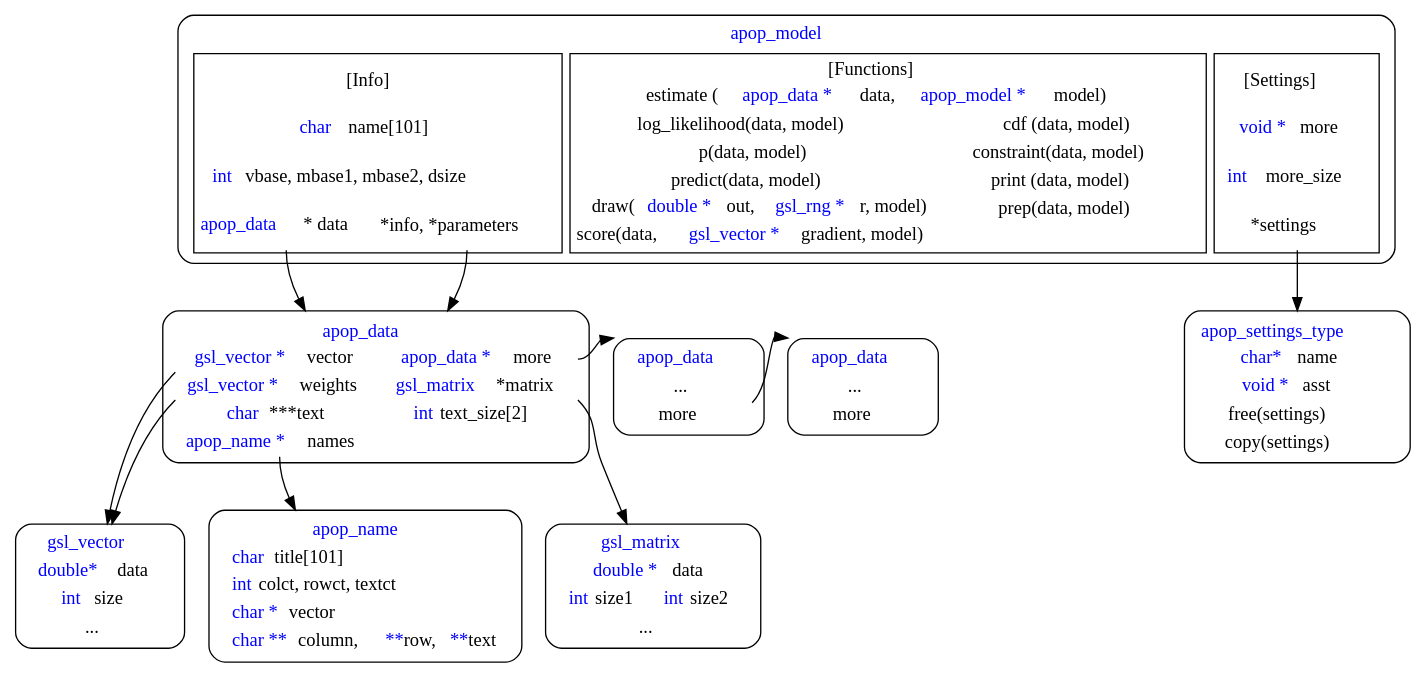
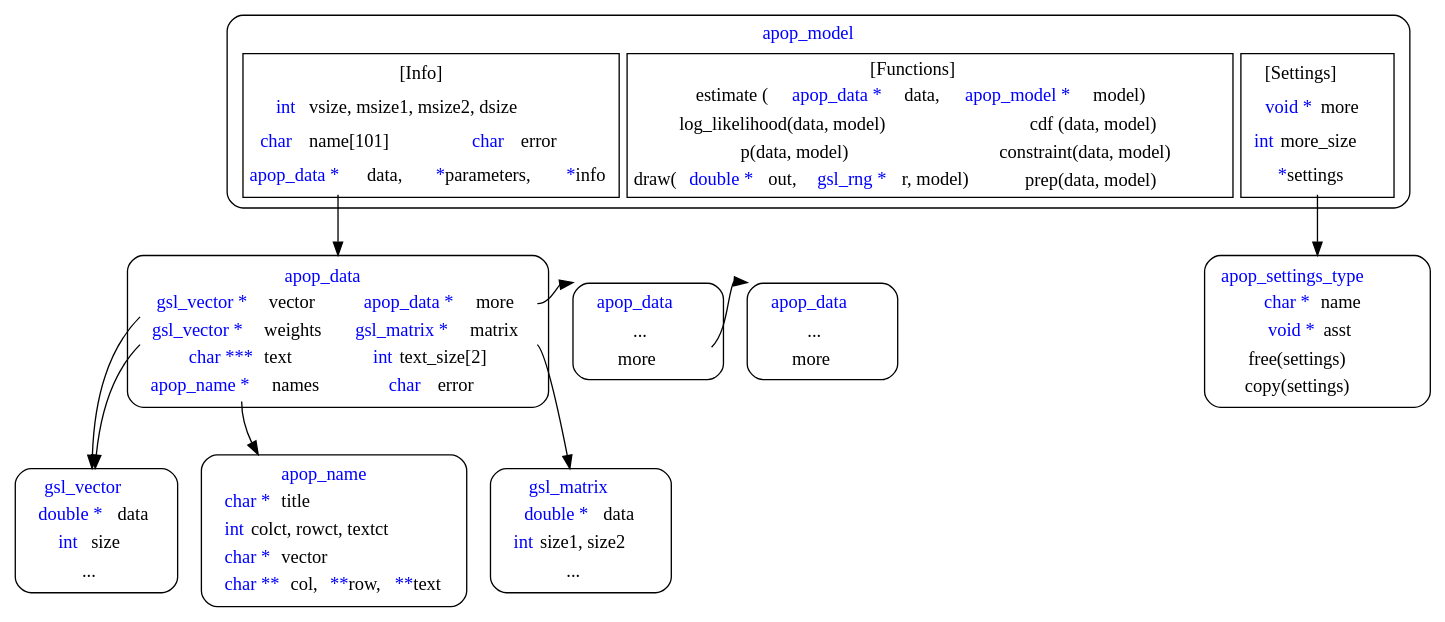
Before and after one commit to b-k/apophenia: the diagram in docs/structs.dot, drawn with Graphviz. The commit also changed 13 other files, not shown here.

Commit message:
removed print from apop_model struct; use the vtables

```diff
--- a/docs/structs.dot
+++ b/docs/structs.dot
@@ -1,131 +1,132 @@
-
 digraph {
     node [shape="rect"];
-
 
     "model" [
         label = <
         <table border="0" cellborder="0">
         <tr>
         <td align="center" colspan="3"> <font color="blue">apop_model</font> </td></tr>
    <tr><td>
         <table border="1" cellborder="0">
         <tr><td colspan ="2" align="center"> [Info] </td></tr>
-        <tr> <td colspan ="2"><font color="blue"> char</font> name[101]</td> </tr>
-        <tr><td colspan ="2"><font color="blue"> int</font> vbase, mbase1, mbase2, dsize </td></tr>
-        <tr><td port="dd"><font color="blue"> apop_data</font> * data </td>
-        <td port="params">*info, *parameters</td>
+        <tr><td colspan ="2"><font color="blue"> int</font> vsize, msize1, msize2, dsize </td></tr>
+        <tr>
+                <td><font color="blue"> char</font> name[101]</td>
+        <td><font color="blue"> char</font> error</td>
+        </tr>
+        <tr><td port="dd"><font color="blue"> apop_data *</font> data, </td>
+        <td port="params"><font color="blue">*</font>parameters, <font color="blue">*</font>info</td>
         </tr>
         </table>
     </td><td>
         <table align="left" border="1" cellborder="0">
         <tr><td colspan ="2" align="center"> [Functions] </td></tr>
-        <tr><td colspan ="2">estimate (<font color="blue">apop_data * </font> data, <font color="blue">apop_model * </font> model) </td></tr>
+        <tr><td colspan ="2">estimate (<font color="blue">apop_data *</font> data, <font color="blue">apop_model *</font>model) </td></tr>
         <tr><td> log_likelihood(data, model) </td><td>cdf (data, model) </td></tr>
         <tr><td>p(data, model) </td><td>constraint(data, model) </td></tr>
-        <tr><td>predict(data, model) </td><td> print (data, model) </td></tr>
         <tr><td>draw(<font color="blue">double *</font> out, <font
                 color="blue">gsl_rng *</font> r, model)</td><td>prep(data, model) </td></tr>
-        <tr><td>score(data, <font color="blue">gsl_vector *</font>gradient, model) </td></tr>
         </table>
     </td><td>
         <table border="1" cellborder="0">
         <tr><td align="center"> [Settings] </td></tr>
-        <tr><td> <font color="blue">void * </font> more </td></tr>
-        <tr><td > <font color="blue">int  </font> more_size </td></tr>
-        <tr><td port="ls"> *settings</td></tr>
+        <tr><td> <font color="blue">void *</font>more </td></tr>
+        <tr><td > <font color="blue">int</font> more_size </td></tr>
+        <tr><td port="ls"> <font color="blue">*</font>settings</td></tr>
         </table>
     </td></tr></table>
 >
 style="rounded"
 ];
 
 "settings" [ label  = <
         <table border="0" cellborder="0">
         <tr><td align="center"><font color="blue"> apop_settings_type </font></td></tr>
-            <tr><td> <font color="blue">char* </font> name </td></tr> 
-            <tr><td><font color="blue">void * </font> asst </td></tr>
+            <tr><td> <font color="blue">char *</font>name </td></tr> 
+            <tr><td><font color="blue">void *</font>asst </td></tr>
             <tr><td> free(settings) </td></tr>
             <tr><td> copy(settings) </td></tr>
 </table>>
 style="rounded"
 ];
 
     subgraph {rank="same"
 "data" [
         label  = <
         <table border="0" cellborder="0">
         <tr><td colspan ="2" align="center"><font color="blue"> apop_data </font></td></tr>
         <tr><td port="vv"> <font color="blue">gsl_vector *</font> vector</td>
-                <td port="dm"> <font color="blue">apop_data *</font> more</td>                
+                <td port="dm"> <font color="blue">apop_data *</font>more</td>                
                 </tr>
-        <tr><td port="ww"> <font color="blue">gsl_vector *</font> weights</td>
-                <td port="mm"> <font color="blue">gsl_matrix</font> *matrix</td>
+        <tr><td port="ww"> <font color="blue">gsl_vector *</font>weights</td>
+                <td port="mm"> <font color="blue">gsl_matrix *</font>matrix</td>
                 </tr>
-        <tr>        <td > <font color="blue">char</font> ***text</td>
+        <tr>        <td > <font color="blue">char ***</font>text</td>
             <td > <font color="blue">int</font> text_size[2]</td>
             </tr>
-        <tr><td port="nn"> <font color="blue">apop_name *</font> names </td> <td> </td> </tr>
+        <tr><td port="nn"> <font color="blue">apop_name *</font>names </td> 
+        <td><font color="blue"> char</font> error</td>
+         </tr>
 </table>>
 style="rounded"
 ];
 
 "info" [ label  = < <table border="0" cellborder="0"> 
     <tr><td  colspan ="2" align="center"> <font color="blue">apop_data </font> </td></tr>
     <tr><td  colspan ="2" align="center"> ... </td></tr> 
     <tr><td  colspan ="2" align="center" port="more1"> more </td></tr> 
     </table>>
 style="rounded"
         ];
 
 "infonext" [ label  = < <table border="0" cellborder="0"> 
     <tr><td  colspan ="2" align="center"> <font color="blue">apop_data </font> </td></tr>
     <tr><td  colspan ="2" align="center"> ... </td></tr> 
     <tr><td  colspan ="2" align="center" port="more1"> more </td></tr> 
     </table>>
 style="rounded"
         ];
     }
 
 
 "gsl_matrix" [ label  = < <table border="0" cellborder="0"> 
-    <tr><td  colspan ="2" align="center"> <font color="blue">gsl_matrix </font> </td></tr>
-    <tr><td  colspan ="2" align="center"> <font color="blue">double *</font> data</td></tr> 
-    <tr><td> <font color="blue">int</font> size1 </td><td><font color="blue">int</font> size2</td></tr>
-        <tr><td colspan ="2" align="center"> ... </td></tr>
+    <tr><td  align="center"> <font color="blue">gsl_matrix </font> </td></tr>
+    <tr><td  align="center"> <font color="blue">double *</font>data</td></tr> 
+    <tr><td> <font color="blue">int</font> size1, size2</td></tr>
+        <tr><td align="center"> ... </td></tr>
     </table>>
 style="rounded"
         ];
 
 "names" [ label  = < <table border="0" cellborder="0"> 
     <tr><td align="center"> <font color="blue">apop_name</font> </td></tr>
-    <tr><td align="left"> <font color="blue">char</font> title[101]</td></tr>
+    <tr><td align="left"> <font color="blue">char *</font>title</td></tr>
     <tr><td align="left"> <font color="blue">int</font> colct, rowct, textct</td></tr>
-    <tr><td align="left"> <font color="blue">char *</font> vector</td></tr>
-    <tr><td align="left"> <font color="blue">char **</font> column, <font color="blue">**</font>row, <font color="blue">**</font>text</td></tr>
+    <tr><td align="left"> <font color="blue">char *</font>vector</td></tr>
+    <tr><td align="left"> <font color="blue">char **</font>col, <font color="blue">**</font>row, <font color="blue">**</font>text</td></tr>
     </table>>
 style="rounded"
         ];
 
 
 "gsl_vector" [ label  = < <table border="0" cellborder="0"> 
     <tr><td> <font color="blue">gsl_vector </font> </td></tr>
-    <tr><td> <font color="blue">double* </font> data</td></tr> 
+    <tr><td> <font color="blue">double *</font>data</td></tr> 
     <tr><td> <font color="blue">int </font> size </td></tr>
         <tr><td colspan ="2" align="center"> ... </td></tr>
     </table>>
 style="rounded"
         ];
 
 
-model:params:s -> data;
+#model:params:s -> data;
     model:dd:s -> data;
     model:ls -> settings;
 data:mm:se->gsl_matrix;
 data:vv:sw->gsl_vector;
 data:ww:sw->gsl_vector;
 data:nn->names;
 #data:dm->data:n;
 data:dm:e->info:nw [len=0.2];
 info:more1:ne->infonext:nw;
 }
```
